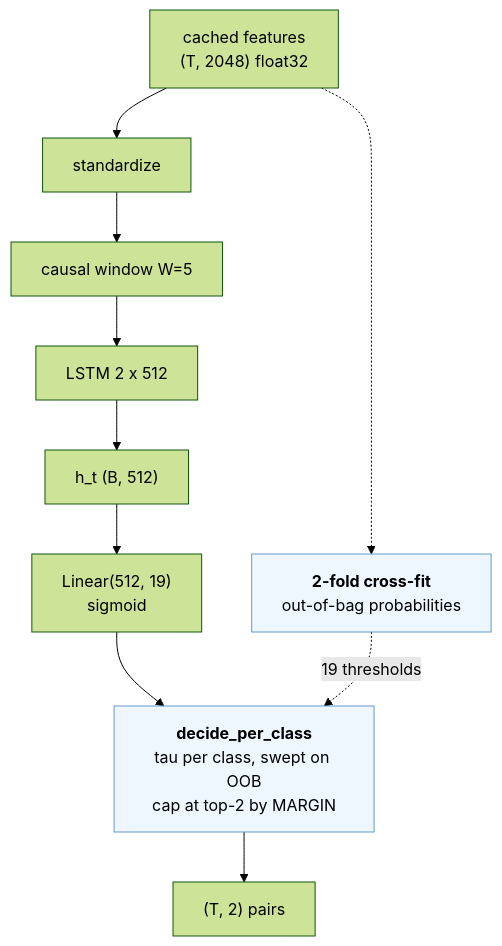
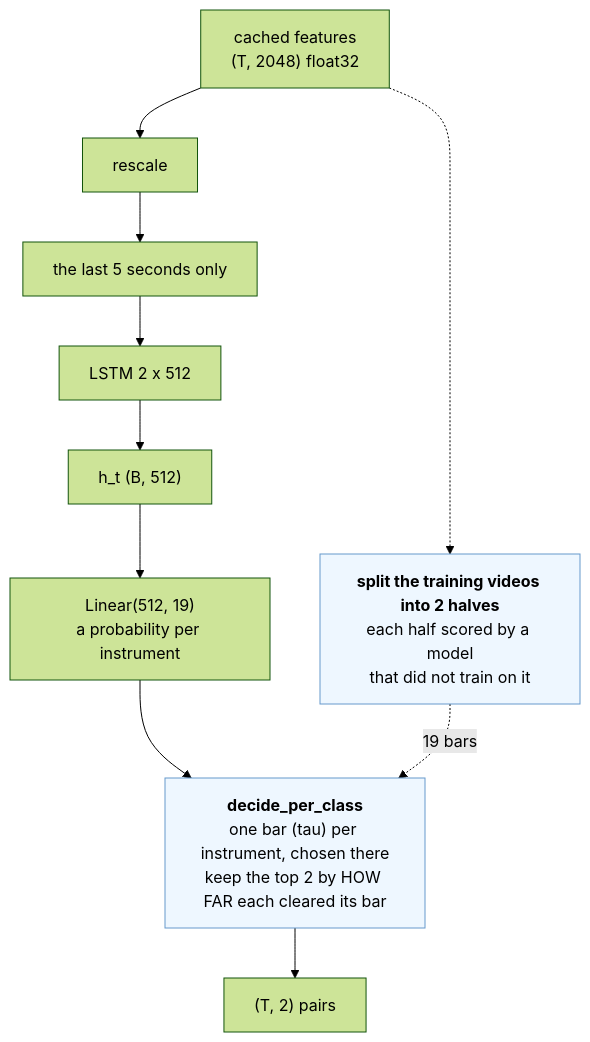
One commit to wylliamunlimited/pitvis-phase-recognition changed the third of 4 diagrams in notes/models/instrument-variants.md. Above: the diagram before and after it, drawn with Mermaid (forest theme). The commit also changed other lines of this file, not shown here.

First line of the commit message:
docs(instrument-variants): plain language, same numbers

````diff
--- a/notes/models/instrument-variants.md
+++ b/notes/models/instrument-variants.md
@@ -153,17 +175,17 @@
 ```mermaid
 flowchart TD
     F["cached features<br/>(T, 2048) float32"]
-    STD["standardize"]
-    W["causal window W=5"]
+    STD["rescale"]
+    W["the last 5 seconds only"]
     L["LSTM 2 x 512"]
     H["h_t (B, 512)"]
-    I["Linear(512, 19)<br/>sigmoid"]
-    XF["<b>2-fold cross-fit</b><br/>out-of-bag probabilities"]
-    D["<b>decide_per_class</b><br/>tau per class, swept on OOB<br/>cap at top-2 by MARGIN"]
+    I["Linear(512, 19)<br/>a probability per instrument"]
+    XF["<b>split the training videos into 2 halves</b><br/>each half scored by a model<br/>that did not train on it"]
+    D["<b>decide_per_class</b><br/>one bar (tau) per instrument, chosen there<br/>keep the top 2 by HOW FAR each cleared its bar"]
     P["(T, 2) pairs"]
     F --> STD --> W --> L --> H --> I --> D --> P
-    XF -.->|"19 thresholds"| D
+    XF -.->|"19 bars"| D
     F -.-> XF
     style D fill:#eef7ff,stroke:#69c
     style XF fill:#eef7ff,stroke:#69c
 ```
````
